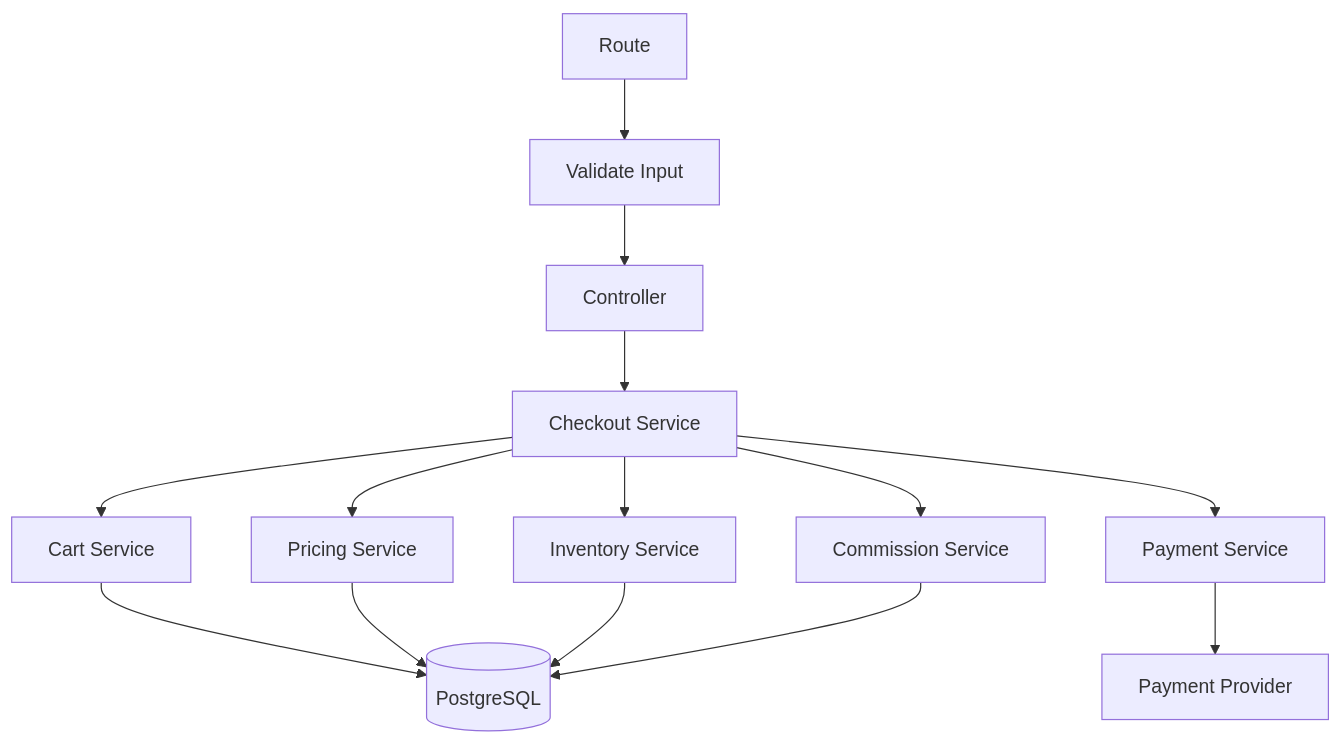
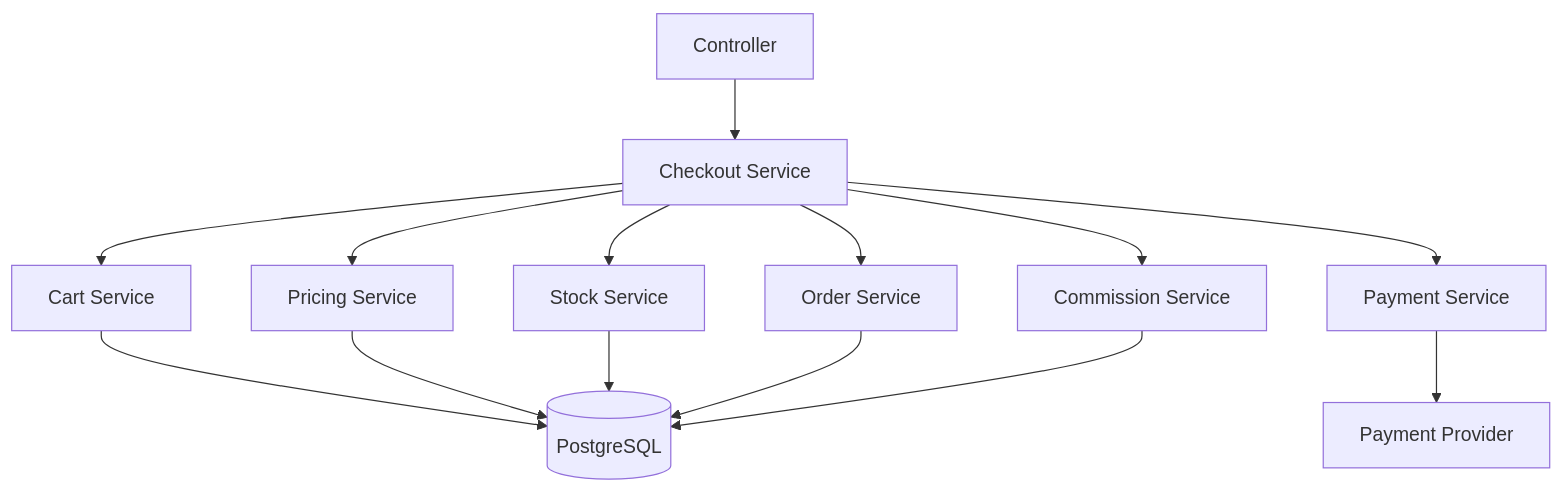
Before and after one commit to Nawaz393/enterprise-retail-saas-architecture: the diagram in docs/domain-map.md, drawn with Mermaid. The commit also changed other lines of this file and 21 other files, not shown here.

First line of the commit message:
Refactor documentation and diagrams for clarity and accuracy

````diff
--- a/docs/domain-map.md
+++ b/docs/domain-map.md
@@ -25,16 +20,16 @@
 ```mermaid
 flowchart TD
-    ROUTE[Route] --> VALIDATE[Validate Input]
-    VALIDATE --> CTRL[Controller]
-    CTRL --> CHECKOUT[Checkout Service]
+    CTRL[Controller] --> CHECKOUT[Checkout Service]
     CHECKOUT --> CART[Cart Service]
     CHECKOUT --> PRICE[Pricing Service]
-    CHECKOUT --> STOCK[Inventory Service]
+    CHECKOUT --> STOCK[Stock Service]
+    CHECKOUT --> ORDER[Order Service]
     CHECKOUT --> PAYMENT[Payment Service]
     CHECKOUT --> COMMISSION[Commission Service]
     CART --> DB[(PostgreSQL)]
     PRICE --> DB
     STOCK --> DB
+    ORDER --> DB
+    COMMISSION --> DB
     PAYMENT --> GATEWAY[Payment Provider]
-    COMMISSION --> DB
 ```
````
